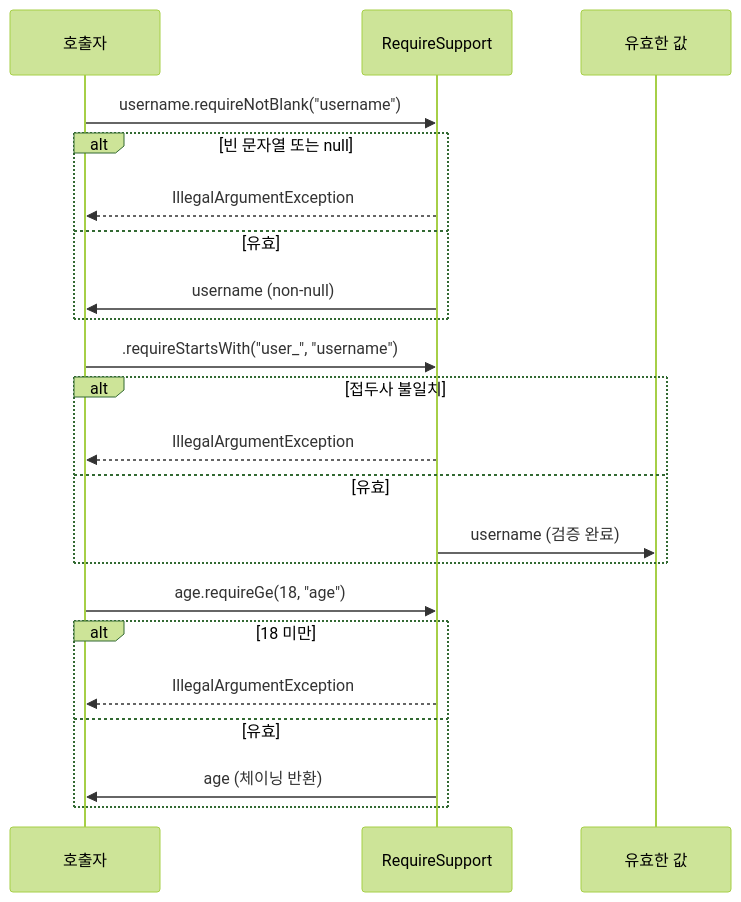
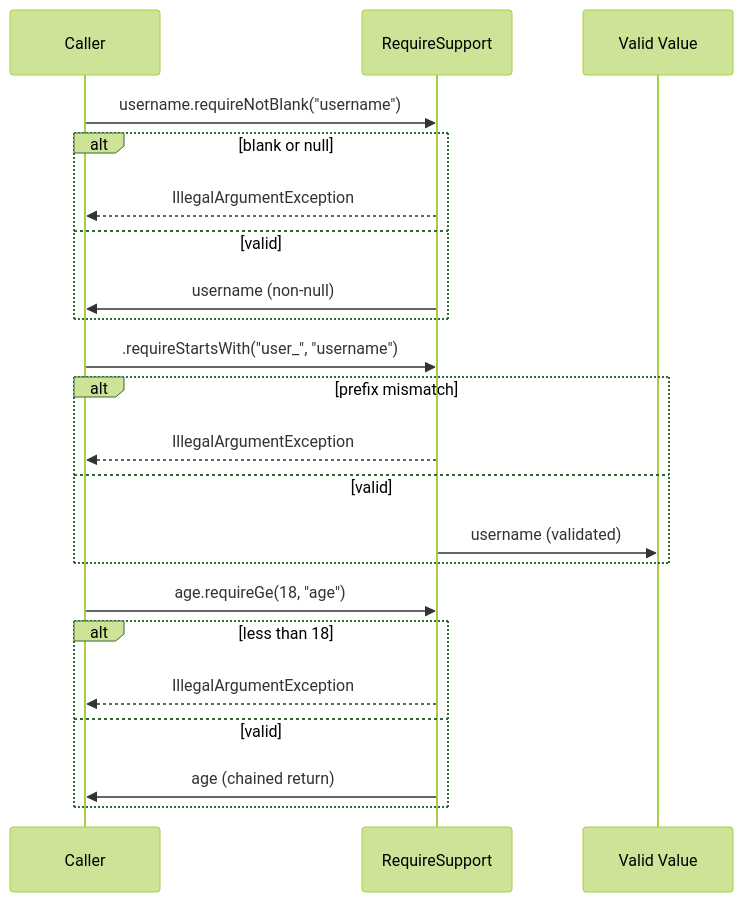
The third of 3 diagrams in bluetape4k/core/README.md (bluetape4k/bluetape4k-projects), drawn with Mermaid (forest theme) before and after one commit. The commit also changed other lines of this file and 265 other files, not shown here.

````diff
--- a/bluetape4k/core/README.md
+++ b/bluetape4k/core/README.md
@@ -135,27 +137,27 @@
 ```mermaid
 sequenceDiagram
-    participant C as 호출자
+    participant C as Caller
     participant R as RequireSupport
-    participant V as 유효한 값
+    participant V as Valid Value
 
     C->>R: username.requireNotBlank("username")
-    alt 빈 문자열 또는 null
+    alt blank or null
         R-->>C: IllegalArgumentException
-    else 유효
+    else valid
         R->>C: username (non-null)
     end
 
     C->>R: .requireStartsWith("user_", "username")
-    alt 접두사 불일치
+    alt prefix mismatch
         R-->>C: IllegalArgumentException
-    else 유효
-        R->>V: username (검증 완료)
+    else valid
+        R->>V: username (validated)
     end
 
     C->>R: age.requireGe(18, "age")
-    alt 18 미만
+    alt less than 18
         R-->>C: IllegalArgumentException
-    else 유효
-        R->>C: age (체이닝 반환)
+    else valid
+        R->>C: age (chained return)
     end
 ```
````
